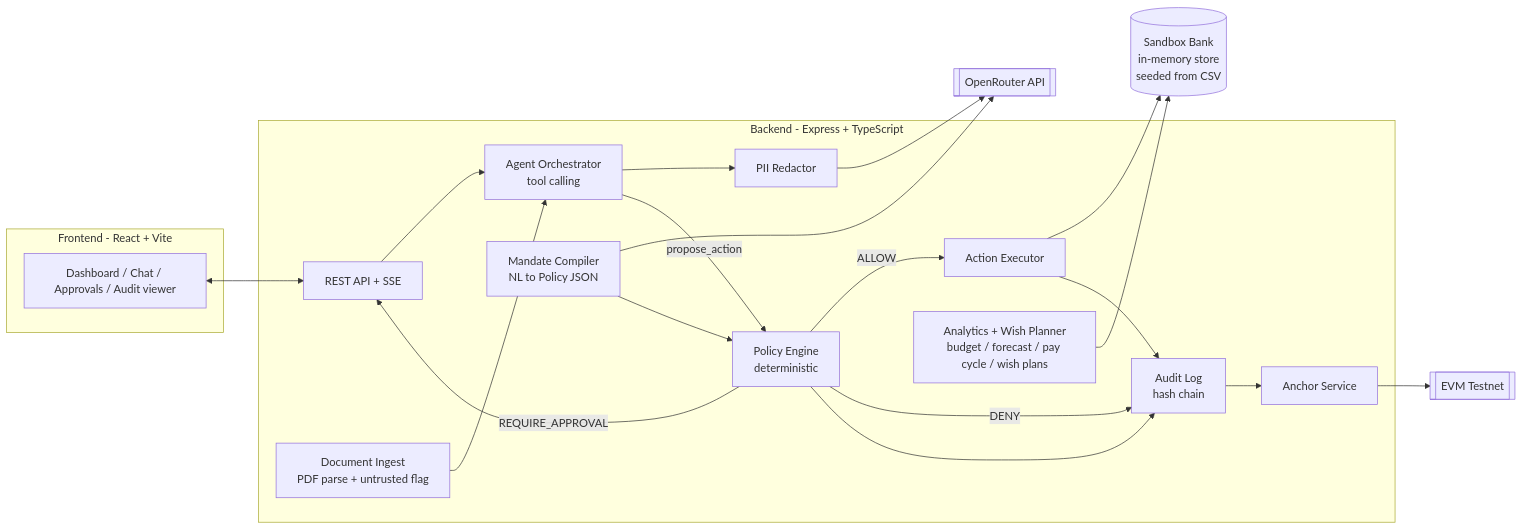
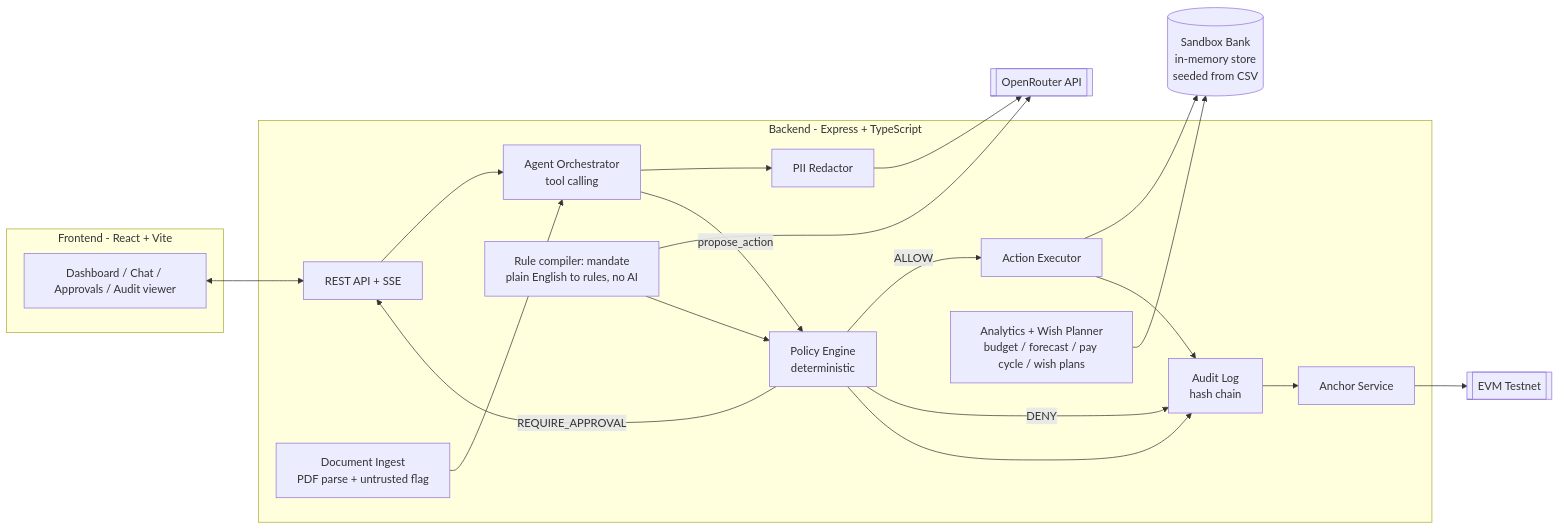
Before and after one commit to Jahin-Tazwar/mandate-finance-agent: the first of 2 diagrams in PRODUCT.md, drawn with Mermaid. The commit also changed other lines of this file and 29 other files, not shown here.

````diff
--- a/PRODUCT.md
+++ b/PRODUCT.md
@@ -119,39 +121,39 @@
 ```mermaid
 flowchart LR
     subgraph FE[Frontend - React + Vite]
         UI[Dashboard / Chat / Approvals / Audit viewer]
     end
 
     subgraph BE[Backend - Express + TypeScript]
         API[REST API + SSE]
         AG[Agent Orchestrator<br/>tool calling]
         RED[PII Redactor]
-        MC[Mandate Compiler<br/>NL to Policy JSON]
+        MC[Rule compiler: mandate<br/>plain English to rules, no AI]
         PE[Policy Engine<br/>deterministic]
         EX[Action Executor]
         AN[Analytics + Wish Planner<br/>budget / forecast / pay cycle / wish plans]
         DOC[Document Ingest<br/>PDF parse + untrusted flag]
         AUD[Audit Log<br/>hash chain]
         ANC[Anchor Service]
     end
 
     BANK[(Sandbox Bank<br/>in-memory store<br/>seeded from CSV)]
     LLM[[OpenRouter API]]
     CHAIN[[EVM Testnet]]
 
     UI <--> API
     API --> AG
     AG --> RED --> LLM
     AG -- propose_action --> PE
     PE -- ALLOW --> EX
     PE -- REQUIRE_APPROVAL --> API
     PE -- DENY --> AUD
     EX --> BANK
     AN --> BANK
     DOC --> AG
     MC --> LLM
     MC --> PE
     PE --> AUD
     EX --> AUD
     AUD --> ANC --> CHAIN
 ```
````
